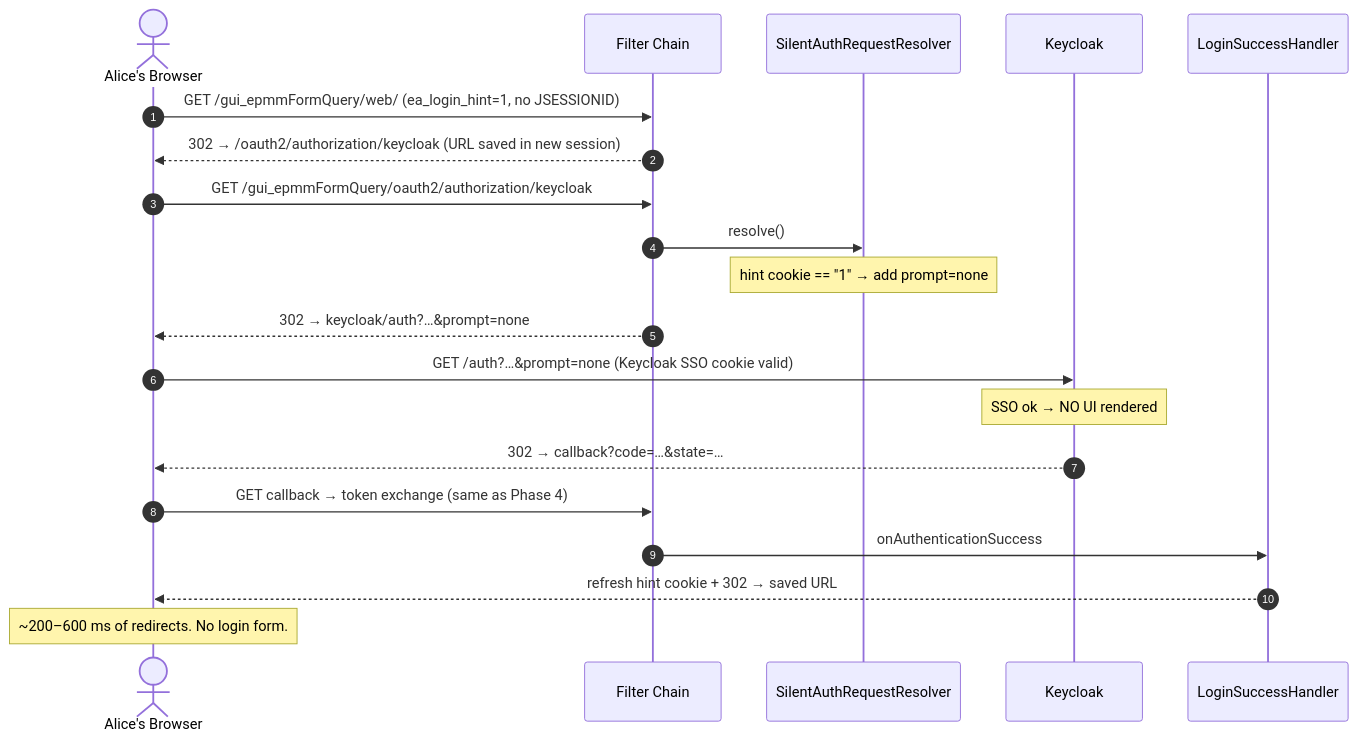
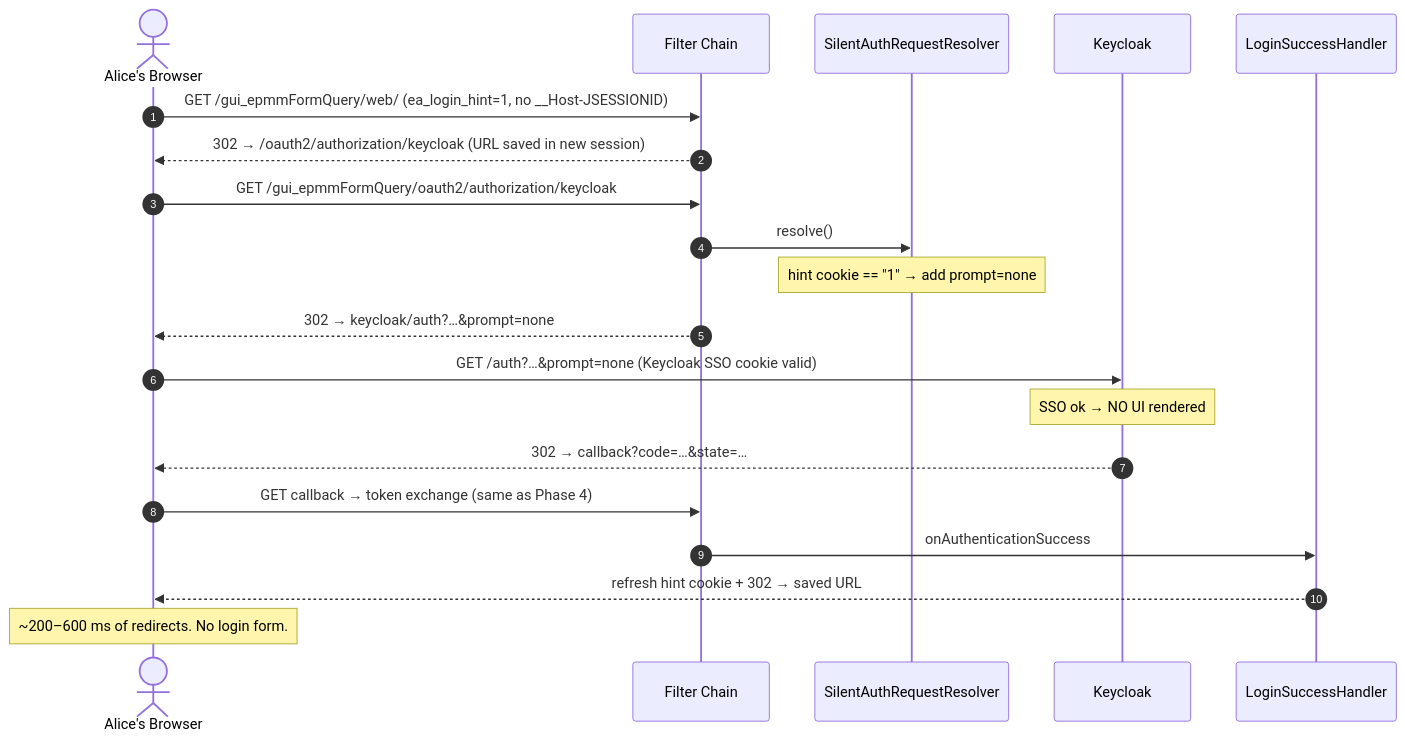
The fifth of 7 diagrams in docs/auth-workflow.md (leodrew/spring_oauth2_backend), drawn with Mermaid before and after one commit. The commit also changed other lines of this file and 12 other files, not shown here.

````diff
--- a/docs/auth-workflow.md
+++ b/docs/auth-workflow.md
@@ -420,23 +420,23 @@
 ```mermaid
 sequenceDiagram
     autonumber
     actor U as Alice's Browser
     participant FC as Filter Chain
     participant SAR as SilentAuthRequestResolver
     participant K as Keycloak
     participant LSH as LoginSuccessHandler
 
-    U->>FC: GET /gui_epmmFormQuery/web/  (ea_login_hint=1, no JSESSIONID)
+    U->>FC: GET /gui_epmmFormQuery/web/  (ea_login_hint=1, no __Host-JSESSIONID)
     FC-->>U: 302 → /oauth2/authorization/keycloak  (URL saved in new session)
     U->>FC: GET /gui_epmmFormQuery/oauth2/authorization/keycloak
     FC->>SAR: resolve()
     Note over SAR: hint cookie == "1" → add prompt=none
     FC-->>U: 302 → keycloak/auth?…&prompt=none
     U->>K: GET /auth?…&prompt=none  (Keycloak SSO cookie valid)
     Note over K: SSO ok → NO UI rendered
     K-->>U: 302 → callback?code=…&state=…
     U->>FC: GET callback → token exchange (same as Phase 4)
     FC->>LSH: onAuthenticationSuccess
     LSH-->>U: refresh hint cookie + 302 → saved URL
     Note over U: ~200–600 ms of redirects. No login form.
 ```
````
